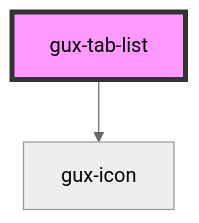
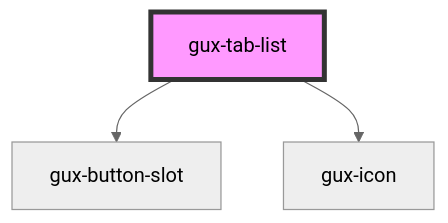
Before and after one commit to MyPureCloud/genesys-spark: the diagram in packages/genesys-spark-components/src/components/stable/gux-tabs/gux-tab-list/readme.md, drawn with Mermaid (neutral theme). The commit also changed other lines of this file and 13 other files, not shown here.

````diff
--- a/packages/genesys-spark-components/src/components/stable/gux-tabs/gux-tab-list/readme.md
+++ b/packages/genesys-spark-components/src/components/stable/gux-tabs/gux-tab-list/readme.md
@@ -34,5 +35,6 @@
 ```mermaid
 graph TD;
+  gux-tab-list --> gux-button-slot
   gux-tab-list --> gux-icon
   style gux-tab-list fill:#f9f,stroke:#333,stroke-width:4px
 ```
````
